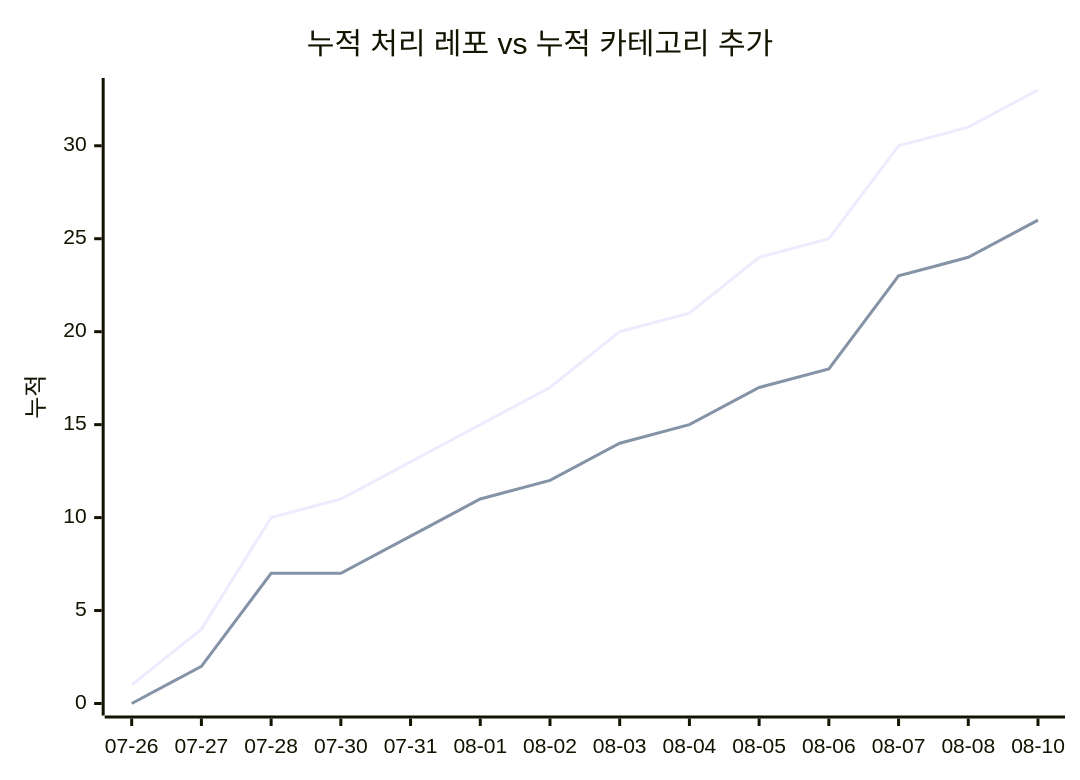
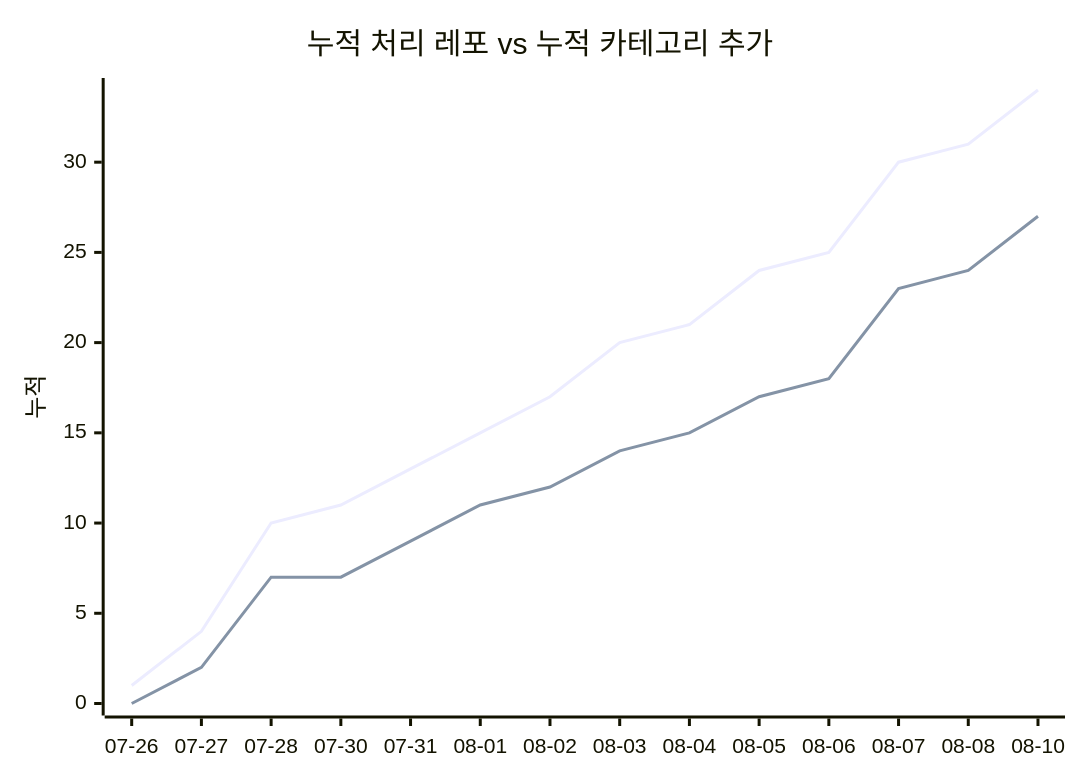
The second of 2 diagrams in docs/trends.md (J-nowcow/awesome-korean-agent-skills), drawn with Mermaid before and after one commit. The commit also changed other lines of this file and 4 other files, not shown here.

````diff
--- a/docs/trends.md
+++ b/docs/trends.md
@@ -68,8 +68,8 @@
 ```mermaid
 xychart-beta
     title "누적 처리 레포 vs 누적 카테고리 추가"
     x-axis ["07-26","07-27","07-28","07-30","07-31","08-01","08-02","08-03","08-04","08-05","08-06","08-07","08-08","08-10"]
     y-axis "누적"
-    line [1,4,10,11,13,15,17,20,21,24,25,30,31,33]
-    line [0,2,7,7,9,11,12,14,15,17,18,23,24,26]
+    line [1,4,10,11,13,15,17,20,21,24,25,30,31,34]
+    line [0,2,7,7,9,11,12,14,15,17,18,23,24,27]
 ```
````
